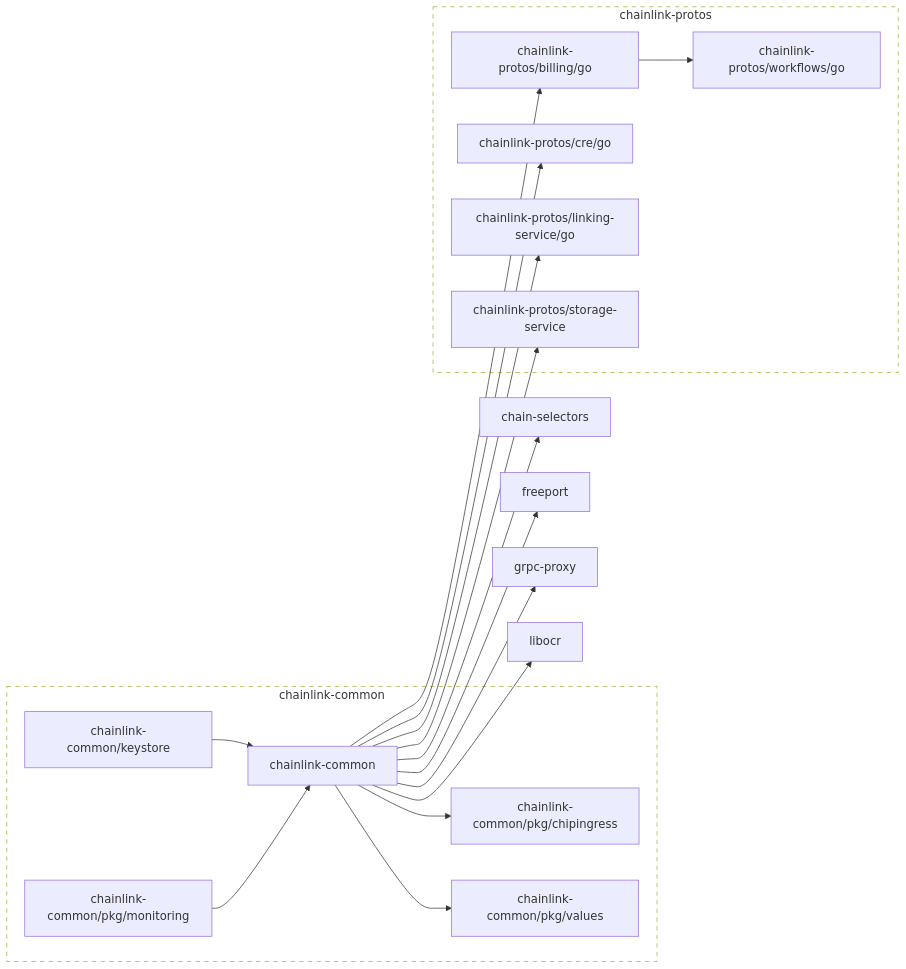
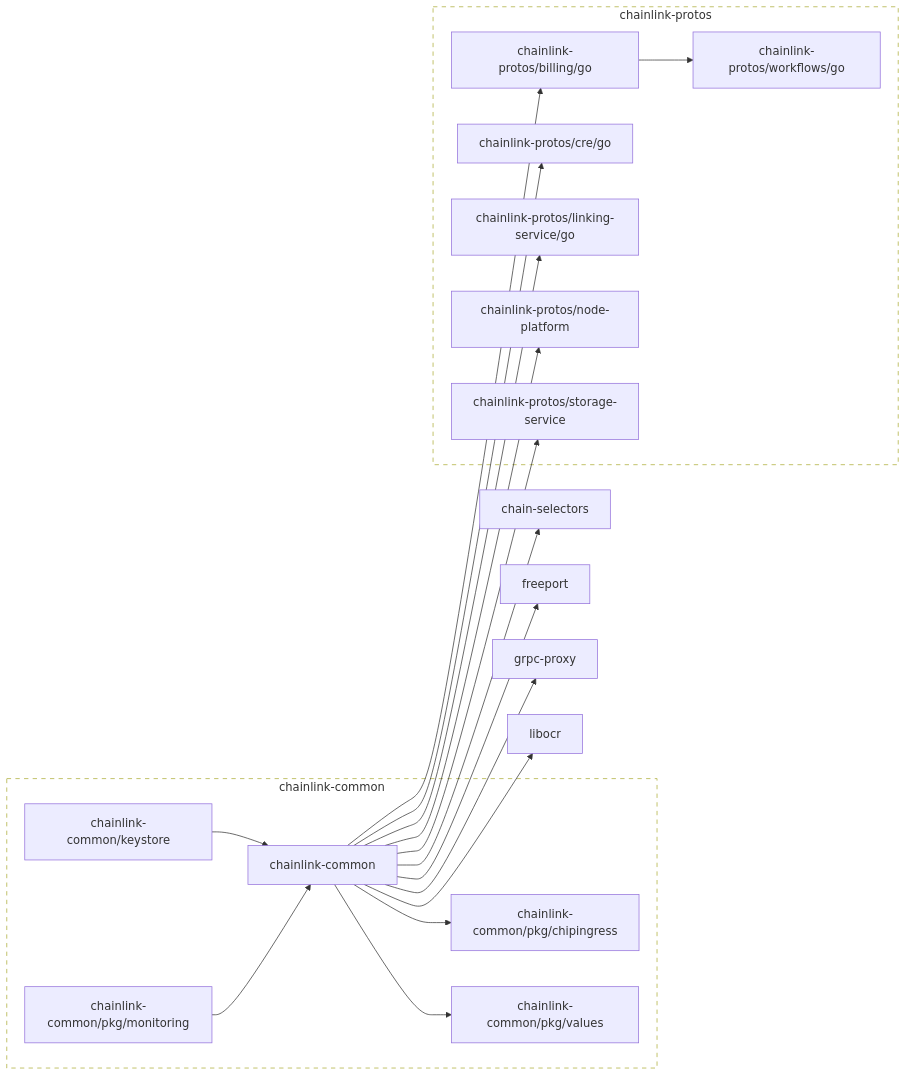
The diagram in go.md (smartcontractkit/chainlink-common), drawn with Mermaid before and after one commit.

Commit message:
feat(node-platform): add node-platform to flowchart and links in go.md

````diff
--- a/go.md
+++ b/go.md
@@ -2,62 +2,66 @@
 ```mermaid
 flowchart LR
 
 	chain-selectors
 	click chain-selectors href "https://github.com/smartcontractkit/chain-selectors"
 	chainlink-common --> chain-selectors
 	chainlink-common --> chainlink-common/pkg/chipingress
 	chainlink-common --> chainlink-common/pkg/values
 	chainlink-common --> chainlink-protos/billing/go
 	chainlink-common --> chainlink-protos/cre/go
 	chainlink-common --> chainlink-protos/linking-service/go
+	chainlink-common --> chainlink-protos/node-platform
 	chainlink-common --> chainlink-protos/storage-service
 	chainlink-common --> freeport
 	chainlink-common --> grpc-proxy
 	chainlink-common --> libocr
 	click chainlink-common href "https://github.com/smartcontractkit/chainlink-common"
 	chainlink-common/keystore --> chainlink-common
 	click chainlink-common/keystore href "https://github.com/smartcontractkit/chainlink-common"
 	chainlink-common/pkg/chipingress
 	click chainlink-common/pkg/chipingress href "https://github.com/smartcontractkit/chainlink-common"
 	chainlink-common/pkg/monitoring --> chainlink-common
 	click chainlink-common/pkg/monitoring href "https://github.com/smartcontractkit/chainlink-common"
 	chainlink-common/pkg/values
 	click chainlink-common/pkg/values href "https://github.com/smartcontractkit/chainlink-common"
 	chainlink-protos/billing/go --> chainlink-protos/workflows/go
 	click chainlink-protos/billing/go href "https://github.com/smartcontractkit/chainlink-protos"
 	chainlink-protos/cre/go
 	click chainlink-protos/cre/go href "https://github.com/smartcontractkit/chainlink-protos"
 	chainlink-protos/linking-service/go
 	click chainlink-protos/linking-service/go href "https://github.com/smartcontractkit/chainlink-protos"
+	chainlink-protos/node-platform
+	click chainlink-protos/node-platform href "https://github.com/smartcontractkit/chainlink-protos"
 	chainlink-protos/storage-service
 	click chainlink-protos/storage-service href "https://github.com/smartcontractkit/chainlink-protos"
 	chainlink-protos/workflows/go
 	click chainlink-protos/workflows/go href "https://github.com/smartcontractkit/chainlink-protos"
 	freeport
 	click freeport href "https://github.com/smartcontractkit/freeport"
 	grpc-proxy
 	click grpc-proxy href "https://github.com/smartcontractkit/grpc-proxy"
 	libocr
 	click libocr href "https://github.com/smartcontractkit/libocr"
 
 	subgraph chainlink-common-repo[chainlink-common]
 		 chainlink-common
 		 chainlink-common/keystore
 		 chainlink-common/pkg/chipingress
 		 chainlink-common/pkg/monitoring
 		 chainlink-common/pkg/values
 	end
 	click chainlink-common-repo href "https://github.com/smartcontractkit/chainlink-common"
 
 	subgraph chainlink-protos-repo[chainlink-protos]
 		 chainlink-protos/billing/go
 		 chainlink-protos/cre/go
 		 chainlink-protos/linking-service/go
+		 chainlink-protos/node-platform
 		 chainlink-protos/storage-service
 		 chainlink-protos/workflows/go
 	end
 	click chainlink-protos-repo href "https://github.com/smartcontractkit/chainlink-protos"
 
 	classDef outline stroke-dasharray:6,fill:none;
 	class chainlink-common-repo,chainlink-protos-repo outline
 ```
````
